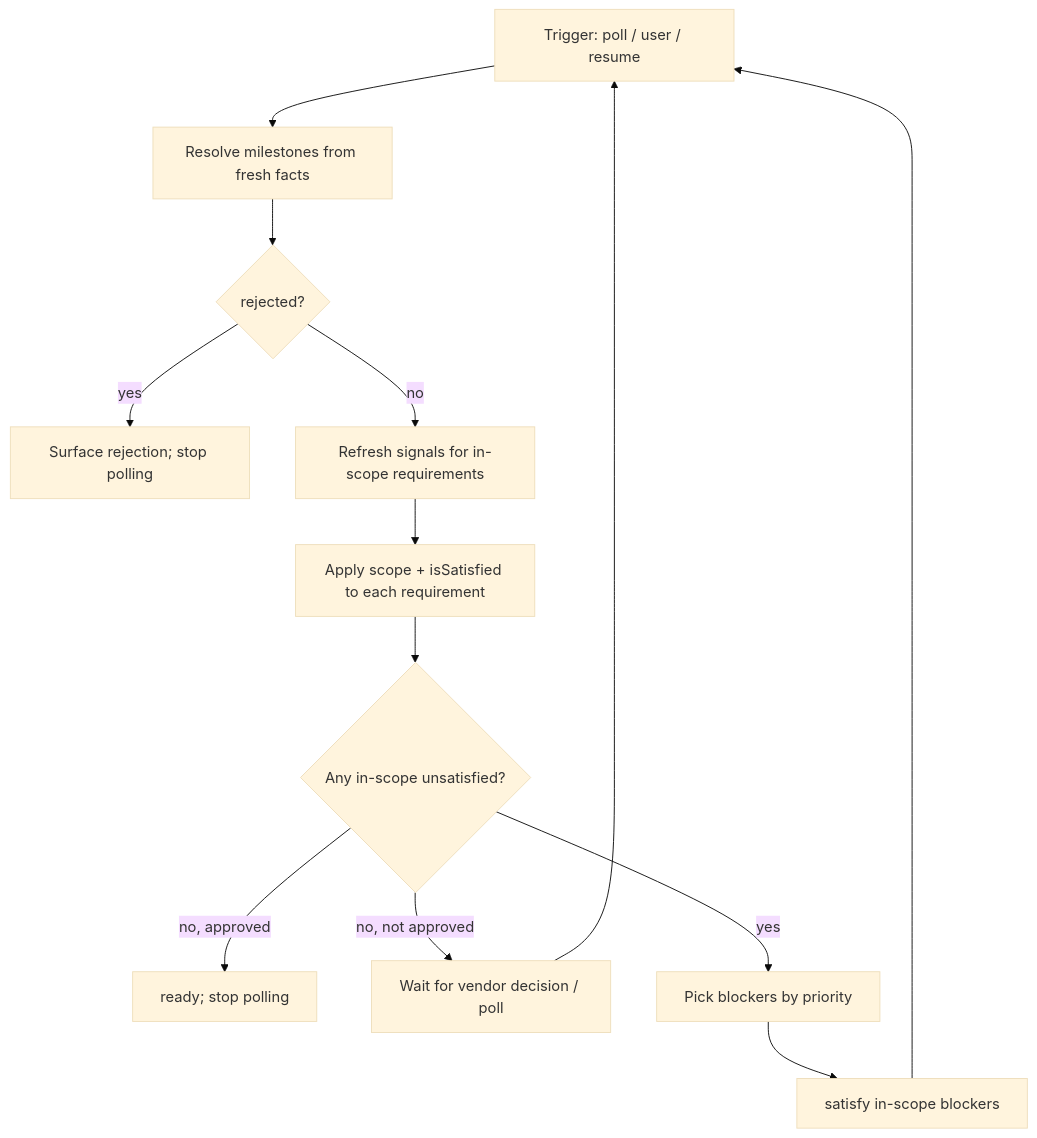
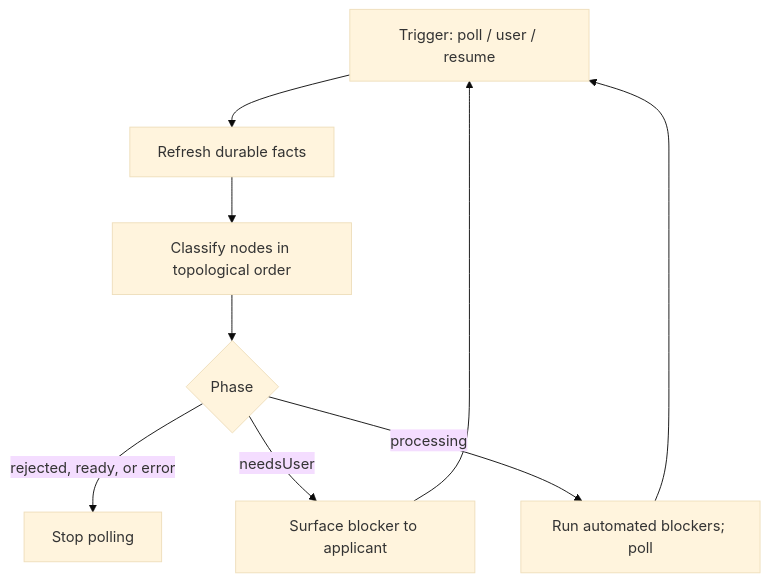
Before and after one commit to MetaMask/controllers: the third of 3 diagrams in packages/kyc-controller/docs/vendor-flow-architecture.md, drawn with Mermaid (base theme). The commit also changed other lines of this file and 1 other file, not shown here.

````diff
--- a/packages/kyc-controller/docs/vendor-flow-architecture.md
+++ b/packages/kyc-controller/docs/vendor-flow-architecture.md
@@ -406,15 +532,11 @@
 ```mermaid
 flowchart TD
-  T[Trigger: poll / user / resume] --> M[Resolve milestones from fresh facts]
-  M --> D{rejected?}
-  D -->|yes| X[Surface rejection; stop polling]
-  D -->|no| R[Refresh signals for in-scope requirements]
-  R --> C[Apply scope + isSatisfied to each requirement]
-  C --> Q{Any in-scope unsatisfied?}
-  Q -->|no, approved| Y[ready; stop polling]
-  Q -->|no, not approved| W[Wait for vendor decision / poll]
-  Q -->|yes| P[Pick blockers by priority]
-  P --> U[satisfy in-scope blockers]
+  T[Trigger: poll / user / resume] --> F[Refresh durable facts]
+  F --> C[Classify nodes in topological order]
+  C --> P{Phase}
+  P -->|rejected, ready, or error| S[Stop polling]
+  P -->|needsUser| U[Surface blocker to applicant]
+  P -->|processing| W[Run automated blockers; poll]
   U --> T
   W --> T
 ```
````
